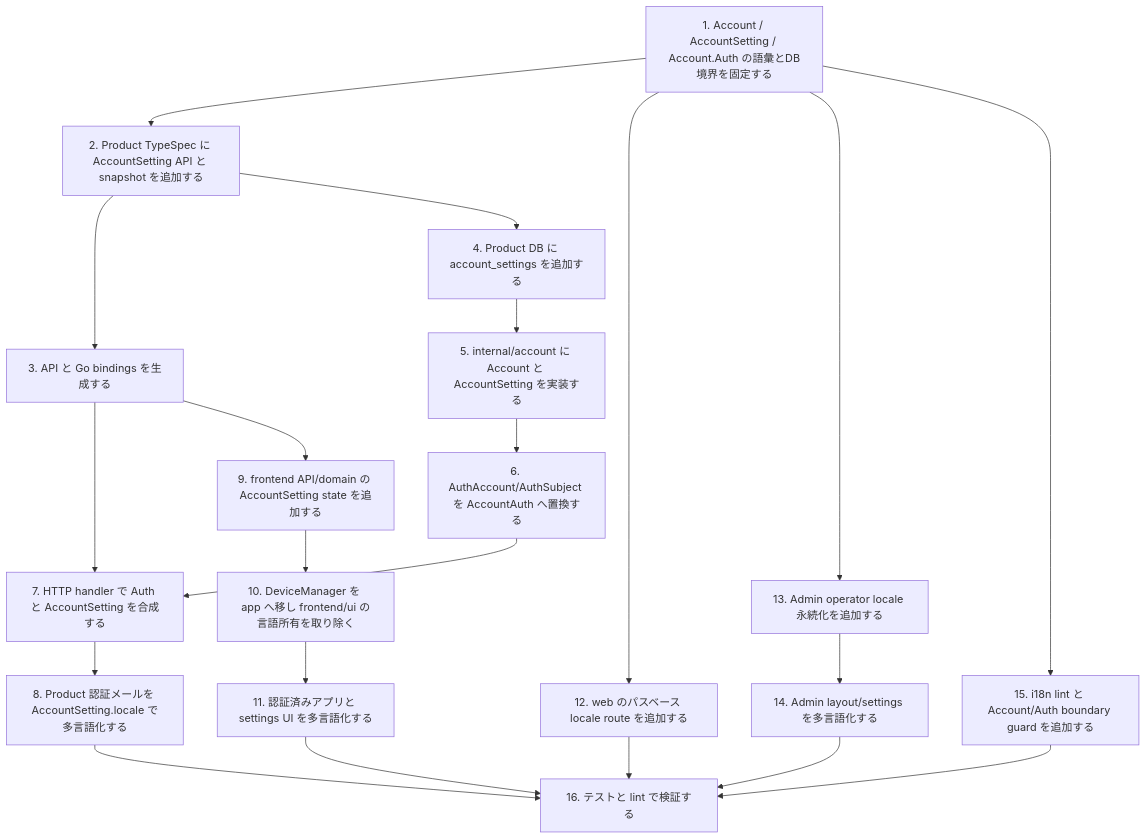
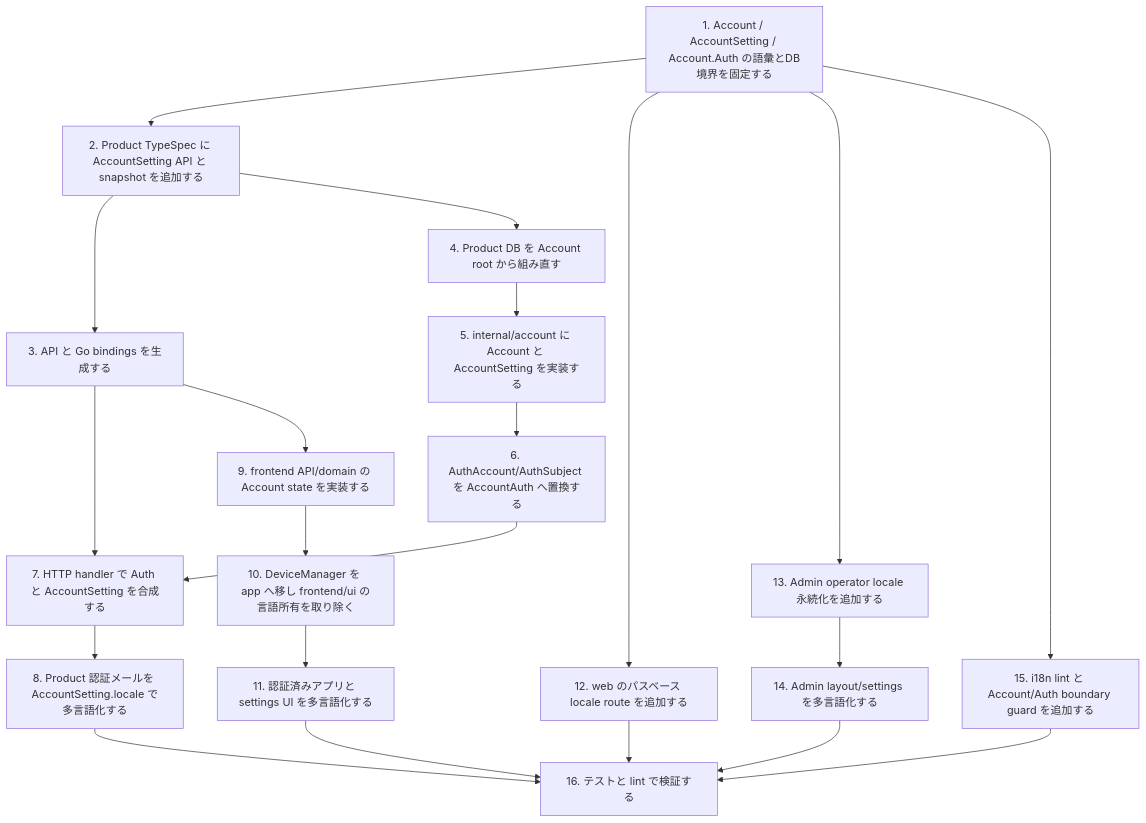
Before and after one commit to witwire-net/www-template: the sixth of 6 diagrams in openspec/changes/add-default-i18n/design.md, drawn with Mermaid. The commit also changed other lines of this file and 5 other files, not shown here.

````diff
--- a/openspec/changes/add-default-i18n/design.md
+++ b/openspec/changes/add-default-i18n/design.md
@@ -544,23 +556,23 @@
 ```mermaid
 flowchart TD
   A[1. Account / AccountSetting / Account.Auth の語彙とDB境界を固定する] --> B[2. Product TypeSpec に AccountSetting API と snapshot を追加する]
   B --> C[3. API と Go bindings を生成する]
-  B --> D[4. Product DB に account_settings を追加する]
+  B --> D[4. Product DB を Account root から組み直す]
   D --> E0[5. internal/account に Account と AccountSetting を実装する]
   E0 --> E2[6. AuthAccount/AuthSubject を AccountAuth へ置換する]
   C --> E1[7. HTTP handler で Auth と AccountSetting を合成する]
   E2 --> E1
   E1 --> F[8. Product 認証メールを AccountSetting.locale で多言語化する]
-  C --> G[9. frontend API/domain の AccountSetting state を追加する]
+  C --> G[9. frontend API/domain の Account state を実装する]
   G --> H0[10. DeviceManager を app へ移し frontend/ui の言語所有を取り除く]
   H0 --> H[11. 認証済みアプリと settings UI を多言語化する]
   A --> I[12. web のパスベース locale route を追加する]
   A --> J[13. Admin operator locale 永続化を追加する]
   J --> K[14. Admin layout/settings を多言語化する]
   A --> L[15. i18n lint と Account/Auth boundary guard を追加する]
   H --> M[16. テストと lint で検証する]
   I --> M
   K --> M
   F --> M
   L --> M
 ```
````
